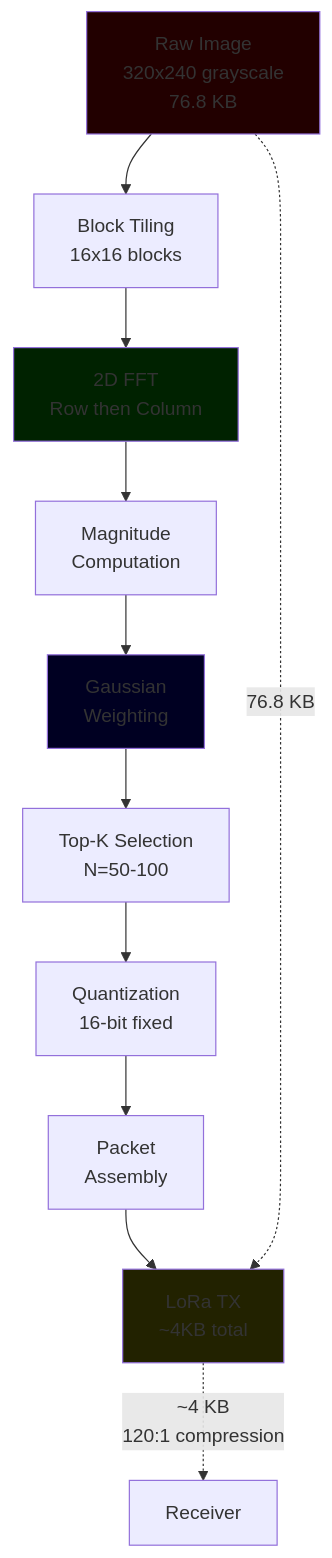
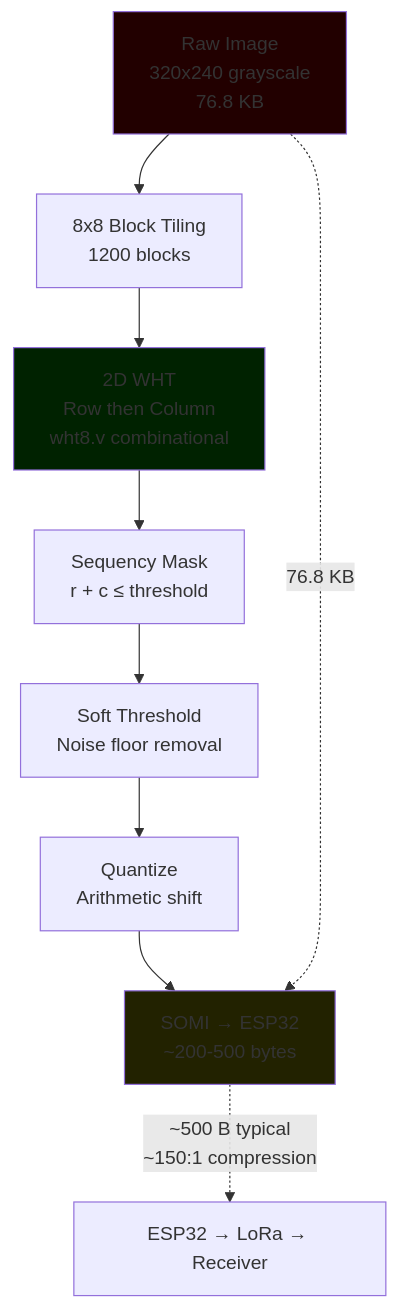
One commit to ColeZenk/SD403_TrailCamera_NDSU changed the second of 2 diagrams in fpga/docs/SDD/SDD400.md. Above: the diagram before and after it, drawn with Mermaid. The commit also changed other lines of this file and 45 other files, not shown here.

````diff
--- a/fpga/docs/SDD/SDD400.md
+++ b/fpga/docs/SDD/SDD400.md
@@ -204,29 +200,24 @@
 ```mermaid
 flowchart TD
     IMG[Raw Image<br/>320x240 grayscale<br/>76.8 KB]
-    TILE[Block Tiling<br/>16x16 blocks]
-    FFT2D[2D FFT<br/>Row then Column]
-    MAG[Magnitude<br/>Computation]
-    GAUSS[Gaussian<br/>Weighting]
-    TOPK[Top-K Selection<br/>N=50-100]
-    QUANT[Quantization<br/>16-bit fixed]
-    PACK[Packet<br/>Assembly]
-    LORA[LoRa TX<br/>~4KB total]
+    TILE[8x8 Block Tiling<br/>1200 blocks]
+    WHT2D[2D WHT<br/>Row then Column<br/>wht8.v combinational]
+    MASK[Sequency Mask<br/>r + c ≤ threshold]
+    THRESH[Soft Threshold<br/>Noise floor removal]
+    QUANT[Quantize<br/>Arithmetic shift]
+    SOMI[SOMI → ESP32<br/>~200-500 bytes]
 
      IMG --> TILE
-     TILE --> FFT2D
-     FFT2D --> MAG
-     MAG --> GAUSS
-     GAUSS --> TOPK
-     TOPK --> QUANT
-     QUANT --> PACK
-     PACK --> LORA
+     TILE --> WHT2D
+     WHT2D --> MASK
+     MASK --> THRESH
+     THRESH --> QUANT
+     QUANT --> SOMI
 
-     IMG -.->|76.8 KB| LORA
-     LORA -.->|~4 KB<br/>120:1 compression| RX[Receiver]
+     IMG -.->|76.8 KB| SOMI
+     SOMI -.->|~500 B typical<br/>~150:1 compression| RX[ESP32 → LoRa → Receiver]
 
      style IMG fill:#220000
-     style FFT2D fill:#002200
-     style GAUSS fill:#000022
-     style LORA fill:#222200
+     style WHT2D fill:#002200
+     style SOMI fill:#222200
 ```
````
